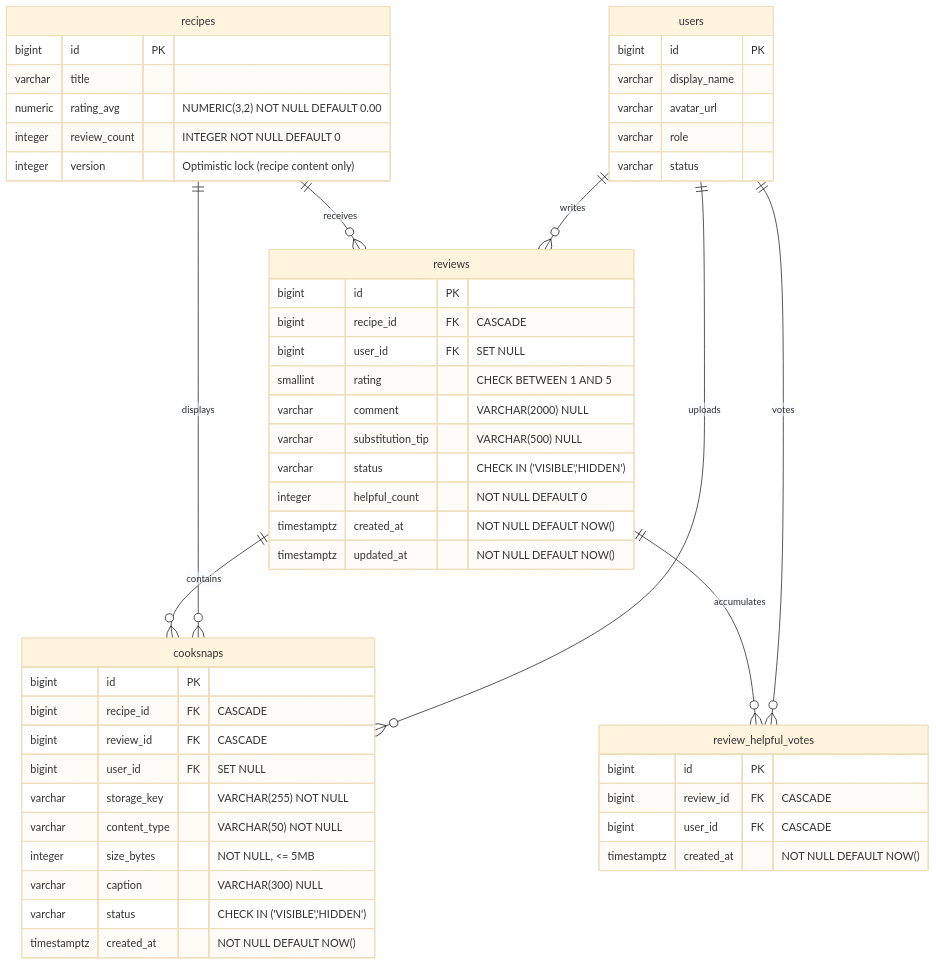
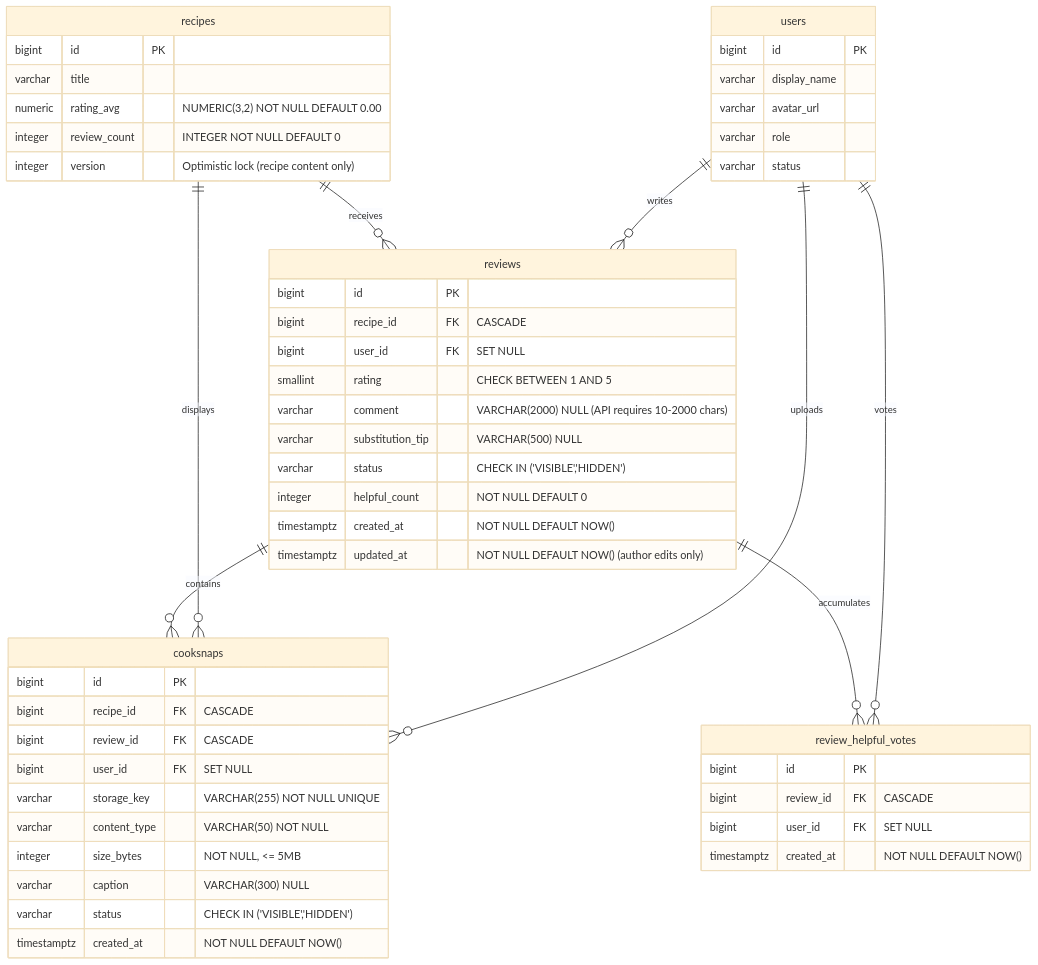
Before and after one commit to ThanhDu14/WikiCook: the diagram in specs/070-review-cooksnap/data-model.md, drawn with Mermaid (base theme). The commit also changed other lines of this file and 13 other files, not shown here.

````diff
--- a/specs/070-review-cooksnap/data-model.md
+++ b/specs/070-review-cooksnap/data-model.md
@@ -13,59 +13,59 @@
 ```mermaid
 erDiagram
     users ||--o{ reviews : "writes"
     users ||--o{ cooksnaps : "uploads"
     users ||--o{ review_helpful_votes : "votes"
     recipes ||--o{ reviews : "receives"
     recipes ||--o{ cooksnaps : "displays"
     reviews ||--o{ cooksnaps : "contains"
     reviews ||--o{ review_helpful_votes : "accumulates"
 
     recipes {
         bigint id PK
         varchar title
         numeric rating_avg "NUMERIC(3,2) NOT NULL DEFAULT 0.00"
         integer review_count "INTEGER NOT NULL DEFAULT 0"
         integer version "Optimistic lock (recipe content only)"
     }
 
     users {
         bigint id PK
         varchar display_name
         varchar avatar_url
         varchar role
         varchar status
     }
 
     reviews {
         bigint id PK
         bigint recipe_id FK "CASCADE"
         bigint user_id FK "SET NULL"
         smallint rating "CHECK BETWEEN 1 AND 5"
-        varchar comment "VARCHAR(2000) NULL"
+        varchar comment "VARCHAR(2000) NULL (API requires 10-2000 chars)"
         varchar substitution_tip "VARCHAR(500) NULL"
         varchar status "CHECK IN ('VISIBLE','HIDDEN')"
         integer helpful_count "NOT NULL DEFAULT 0"
         timestamptz created_at "NOT NULL DEFAULT NOW()"
-        timestamptz updated_at "NOT NULL DEFAULT NOW()"
+        timestamptz updated_at "NOT NULL DEFAULT NOW() (author edits only)"
     }
 
     cooksnaps {
         bigint id PK
         bigint recipe_id FK "CASCADE"
         bigint review_id FK "CASCADE"
         bigint user_id FK "SET NULL"
-        varchar storage_key "VARCHAR(255) NOT NULL"
+        varchar storage_key "VARCHAR(255) NOT NULL UNIQUE"
         varchar content_type "VARCHAR(50) NOT NULL"
         integer size_bytes "NOT NULL, <= 5MB"
         varchar caption "VARCHAR(300) NULL"
         varchar status "CHECK IN ('VISIBLE','HIDDEN')"
         timestamptz created_at "NOT NULL DEFAULT NOW()"
     }
 
     review_helpful_votes {
         bigint id PK
         bigint review_id FK "CASCADE"
-        bigint user_id FK "CASCADE"
+        bigint user_id FK "SET NULL"
         timestamptz created_at "NOT NULL DEFAULT NOW()"
     }
 ```
````
